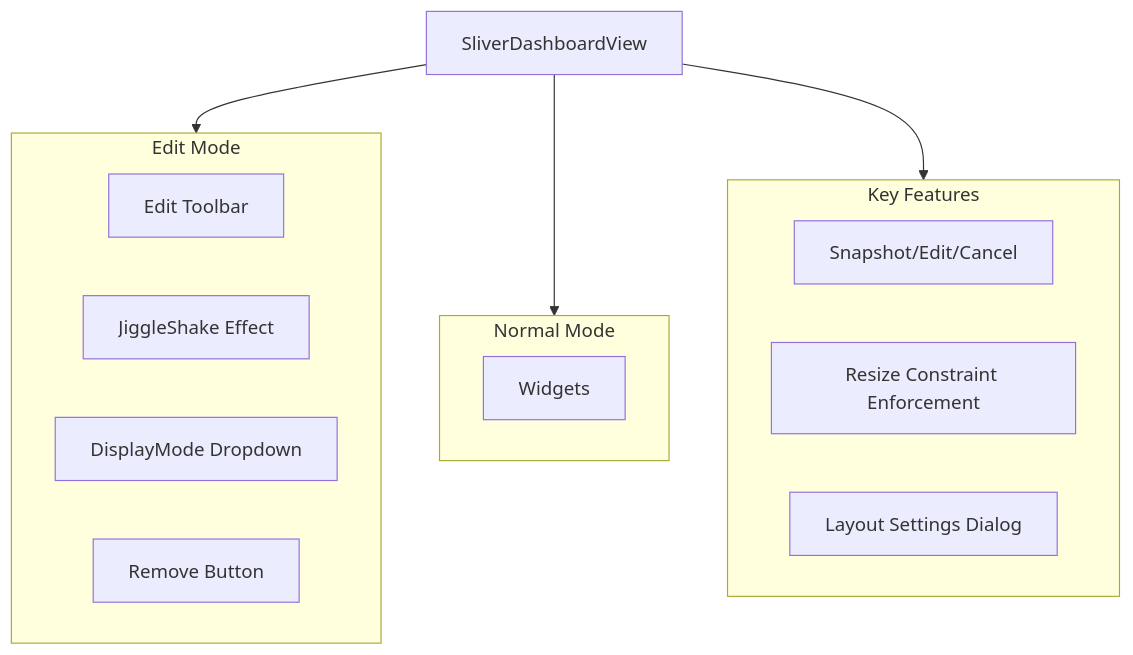
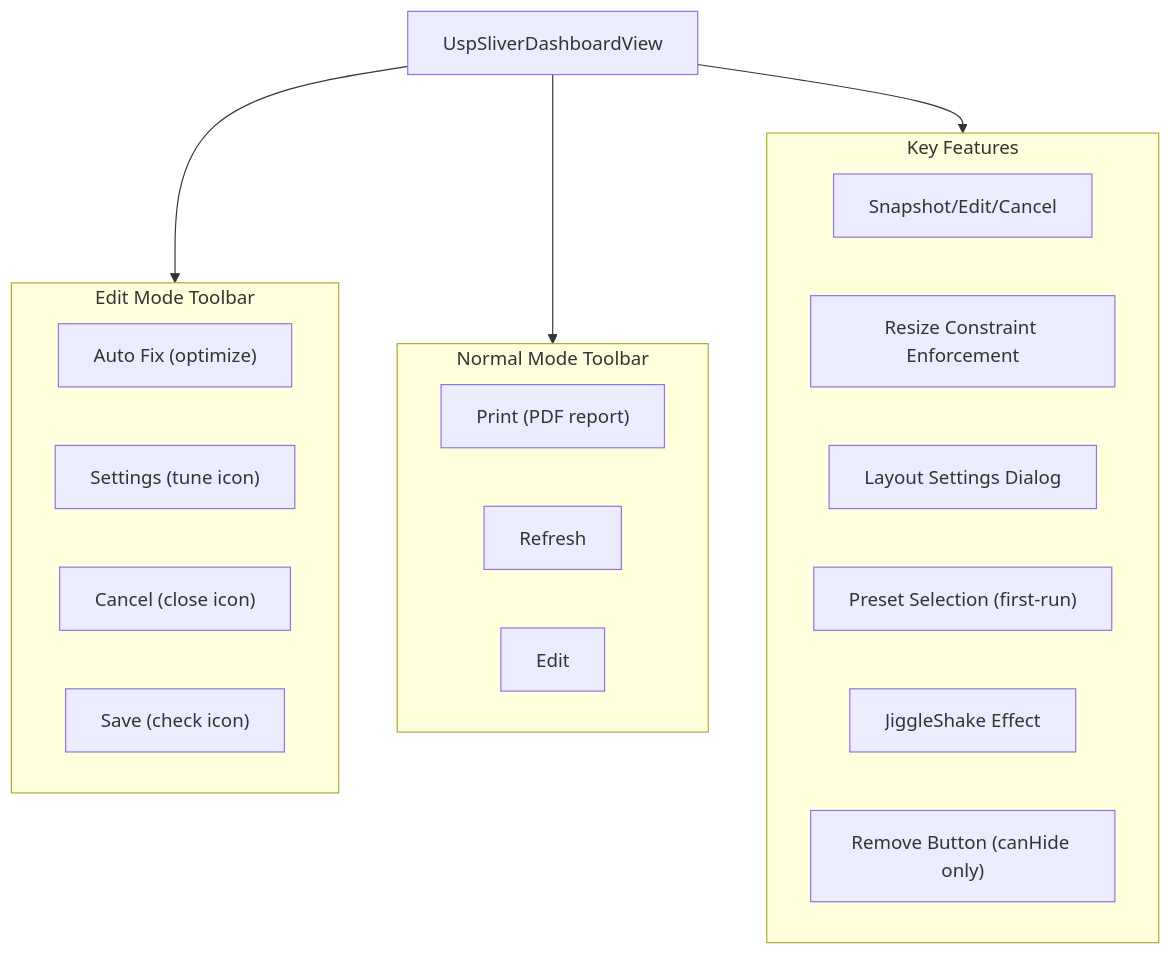
The fifth of 9 diagrams in doc/dashboard/dashboard_custom_layout_comprehensive_report_en.md (linksys/PrivacyGUI), drawn with Mermaid before and after one commit. The commit also changed other lines of this file and 11 other files, not shown here.

````diff
--- a/doc/dashboard/dashboard_custom_layout_comprehensive_report_en.md
+++ b/doc/dashboard/dashboard_custom_layout_comprehensive_report_en.md
@@ -329,24 +512,29 @@
 ```mermaid
 flowchart TD
-    subgraph EditMode["Edit Mode"]
-        ET["Edit Toolbar"]
-        JJ["JiggleShake Effect"]
-        DM["DisplayMode Dropdown"]
-        RB["Remove Button"]
+    subgraph EditMode["Edit Mode Toolbar"]
+        AF["Auto Fix (optimize)"]
+        ST["Settings (tune icon)"]
+        CC["Cancel (close icon)"]
+        SV["Save (check icon)"]
     end
 
-    subgraph NormalMode["Normal Mode"]
-        W["Widgets"]
+    subgraph NormalMode["Normal Mode Toolbar"]
+        PR["Print (PDF report)"]
+        RF["Refresh"]
+        ED["Edit"]
     end
 
     subgraph Features["Key Features"]
         SE["Snapshot/Edit/Cancel"]
         RC["Resize Constraint Enforcement"]
         LS["Layout Settings Dialog"]
+        PD["Preset Selection (first-run)"]
+        JJ["JiggleShake Effect"]
+        RB["Remove Button (canHide only)"]
     end
 
-    SV["SliverDashboardView"]
-    SV --> EditMode
-    SV --> NormalMode
-    SV --> Features
+    SDV["UspSliverDashboardView"]
+    SDV --> EditMode
+    SDV --> NormalMode
+    SDV --> Features
 ```
````
